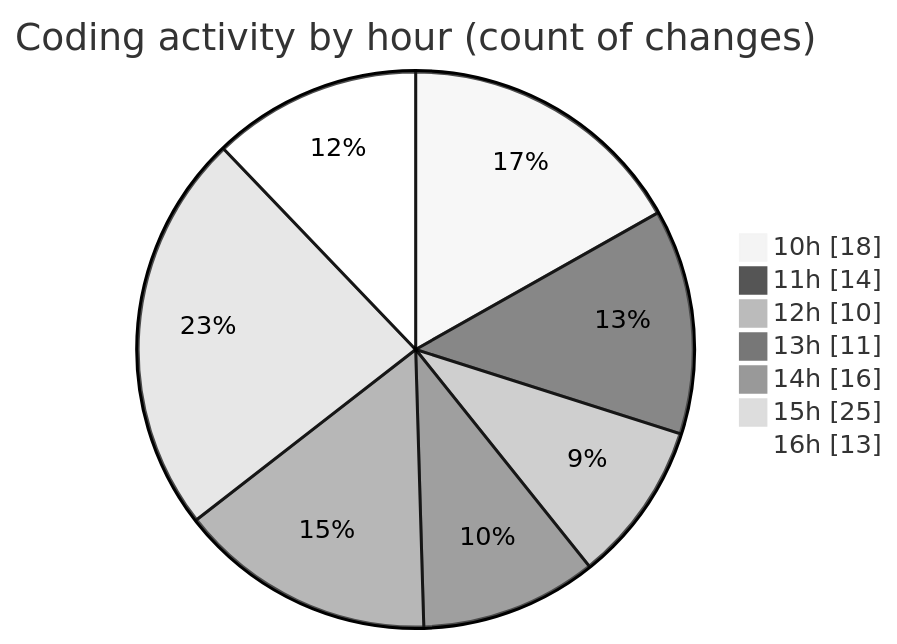
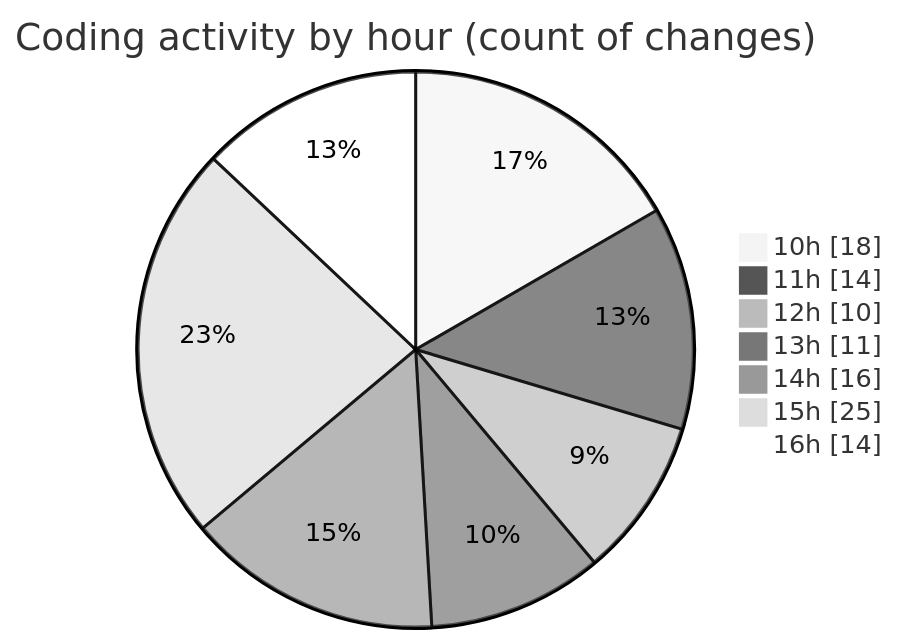
Before and after one commit to momahboobian/code-tracking: the second of 2 diagrams in 2026-05-22/cda/README.md, drawn with Mermaid (neutral theme). The commit also changed other lines of this file and 1 other file, not shown here.

````diff
--- a/2026-05-22/cda/README.md
+++ b/2026-05-22/cda/README.md
@@ -53,11 +53,11 @@
 ```mermaid
 pie showData
 title Coding activity by hour (count of changes)
 "10h" : 18
 "11h" : 14
 "12h" : 10
 "13h" : 11
 "14h" : 16
 "15h" : 25
-"16h" : 13
+"16h" : 14
 ```
````
